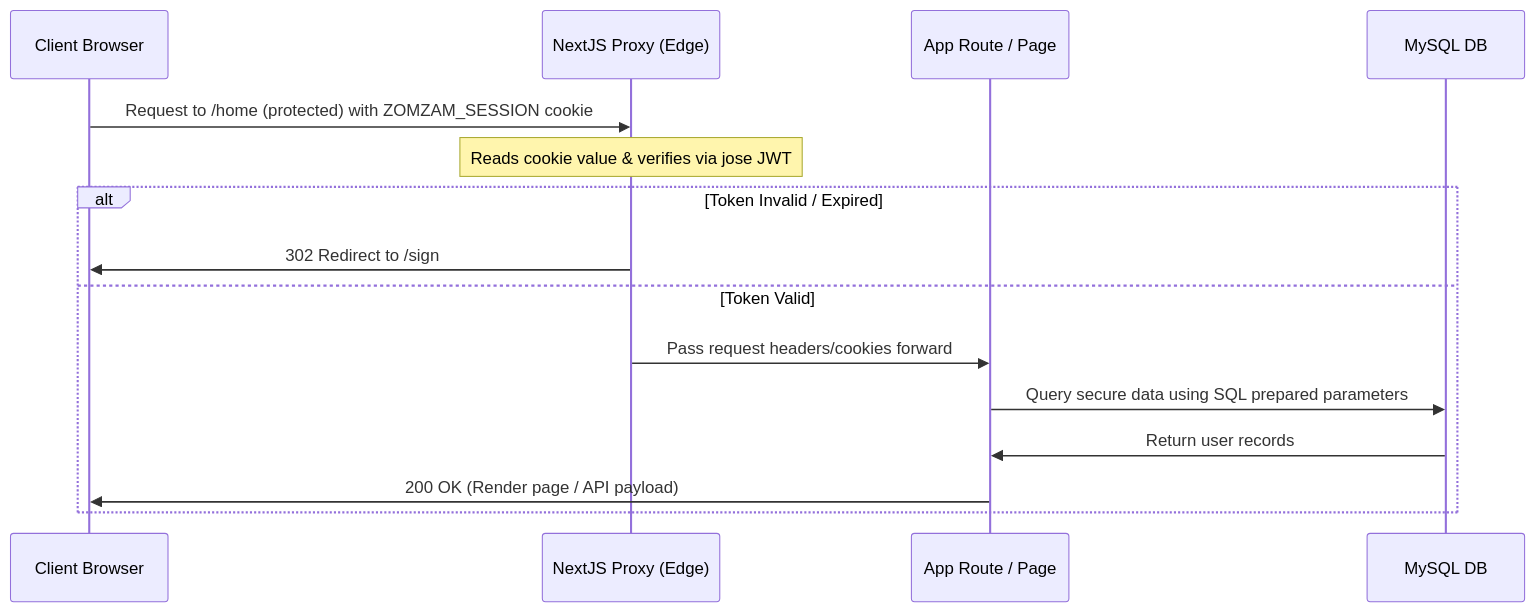
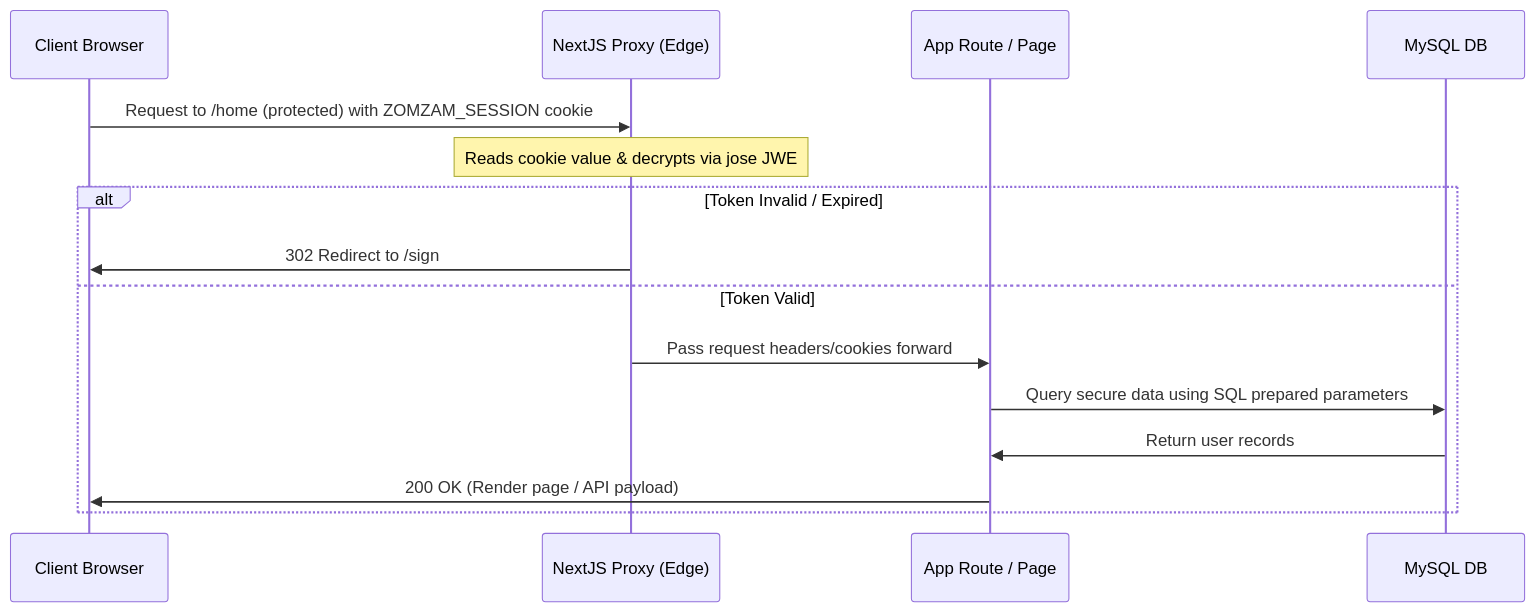
The first of 2 diagrams in README.md (sanfor2004/zomzam), drawn with Mermaid before and after one commit. The commit also changed other lines of this file and 1 other file, not shown here.

Commit message:
docs(auth): document JWE session token and password-change revocation

````diff
--- a/README.md
+++ b/README.md
@@ -340,18 +340,18 @@
 ```mermaid
 sequenceDiagram
     participant User as Client Browser
     participant MW as NextJS Proxy (Edge)
     participant Route as App Route / Page
     participant DB as MySQL DB
 
     User->>MW: Request to /home (protected) with ZOMZAM_SESSION cookie
-    Note over MW: Reads cookie value & verifies via jose JWT
+    Note over MW: Reads cookie value & decrypts via jose JWE
     alt Token Invalid / Expired
         MW->>User: 302 Redirect to /sign
     else Token Valid
         MW->>Route: Pass request headers/cookies forward
         Route->>DB: Query secure data using SQL prepared parameters
         DB->>Route: Return user records
         Route->>User: 200 OK (Render page / API payload)
     end
 ```
````
